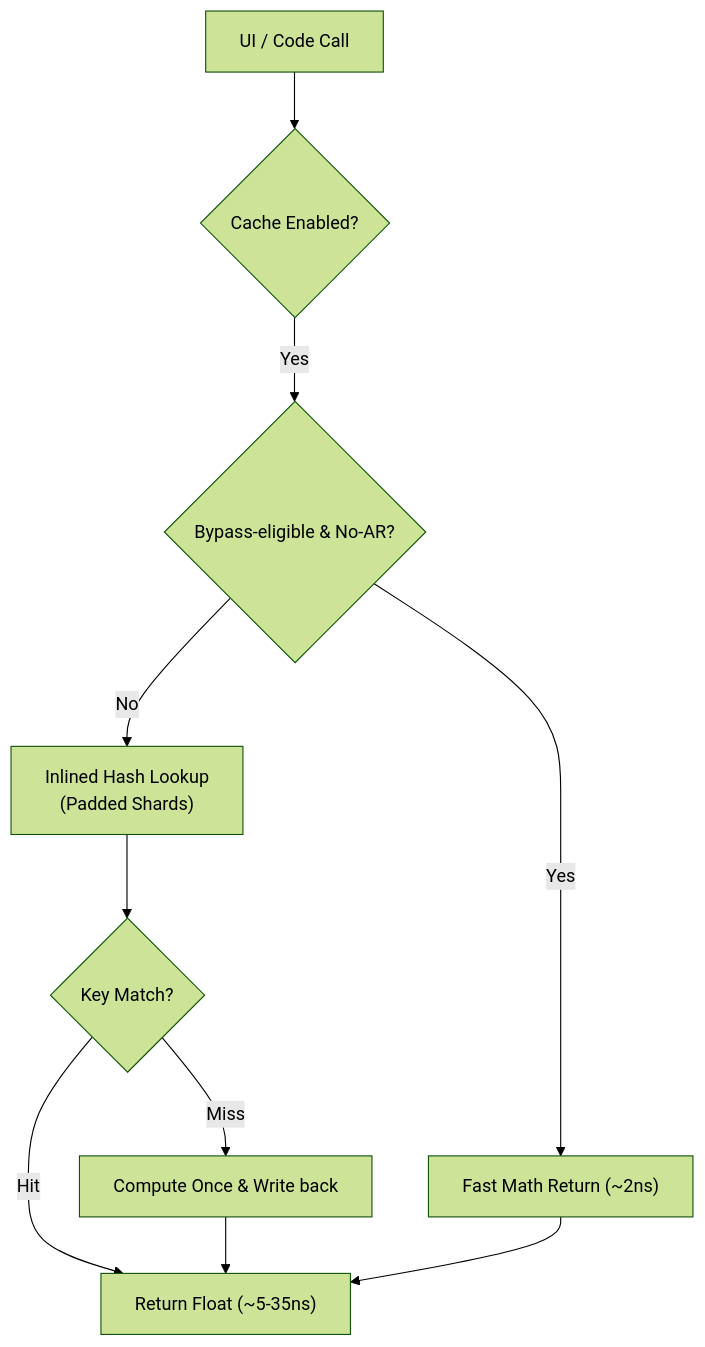
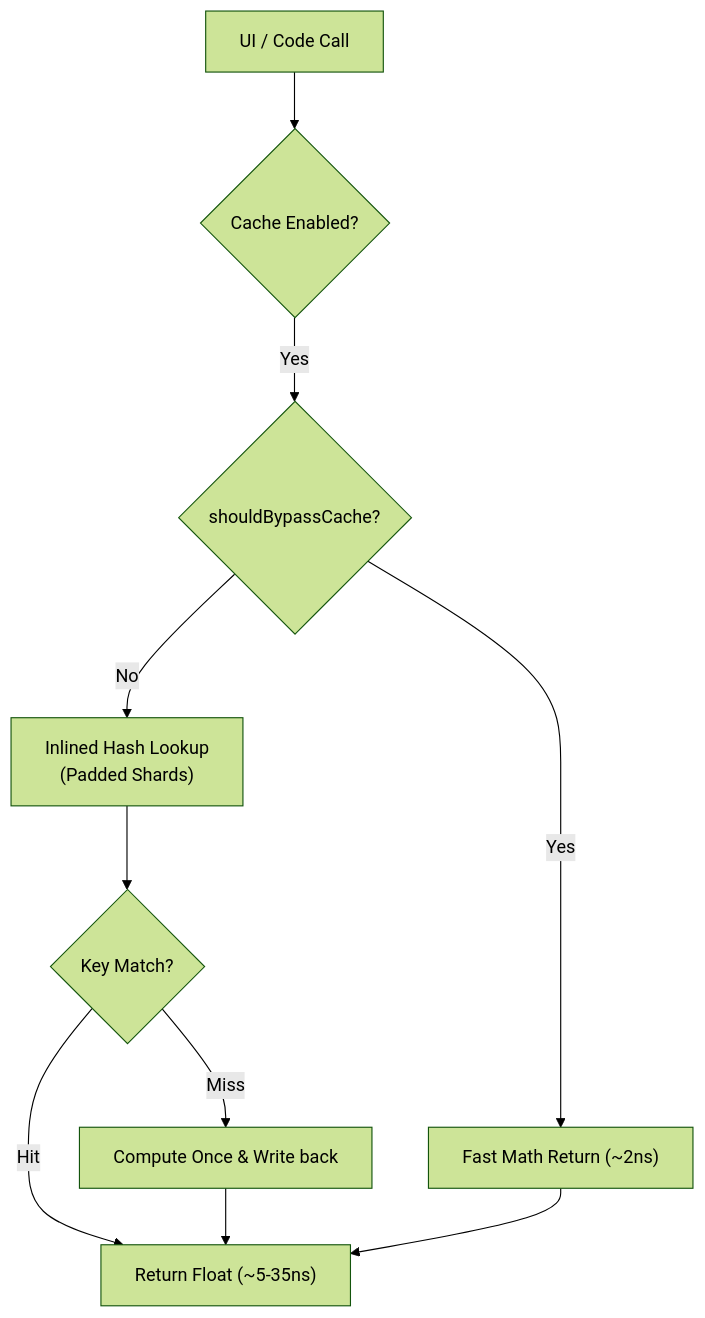
One commit to bodenberg/appdimens-dynamic changed the diagram in PERFORMANCE.md. Above: the diagram before and after it, drawn with Mermaid (forest theme). The commit also changed other lines of this file and 56 other files, not shown here.

````diff
--- a/PERFORMANCE.md
+++ b/PERFORMANCE.md
@@ -131,12 +126,12 @@
 ```mermaid
 graph TD
     A[UI / Code Call] --> B{Cache Enabled?}
-    B -- Yes --> C{Bypass-eligible & No-AR?}
+    B -- Yes --> C{shouldBypassCache?}
     C -- Yes --> D["Fast Math Return (~2ns)"]
     C -- No --> E["Inlined Hash Lookup<br/>(Padded Shards)"]
     E --> F{Key Match?}
     F -- Hit --> G["Return Float (~5-35ns)"]
     F -- Miss --> H[Compute Once & Write back]
     H --> G
     D --> G
 ```
````
